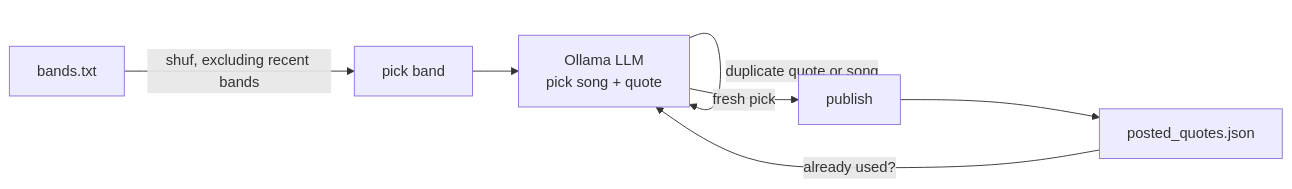
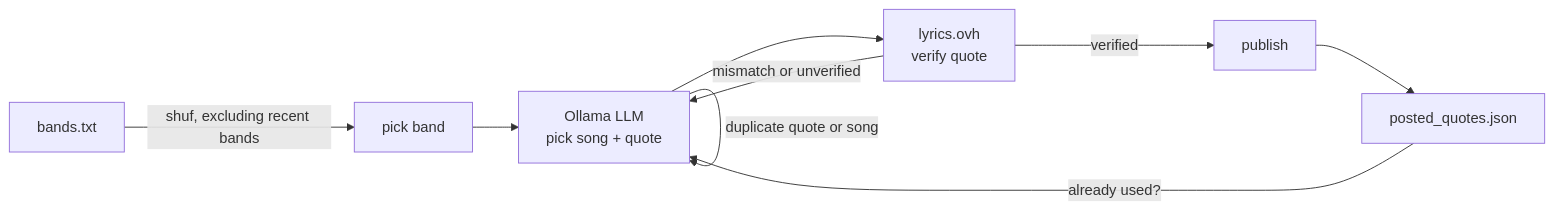
The diagram in README.md (schmidt-software/song-quote-bot), drawn with Mermaid before and after one commit. The commit also changed other lines of this file and 1 other file, not shown here.

````diff
--- a/README.md
+++ b/README.md
@@ -18,9 +18,11 @@
 ```mermaid
 flowchart LR
     A[bands.txt] -->|shuf, excluding recent bands| B[pick band]
     B --> C[Ollama LLM<br/>pick song + quote]
     D[posted_quotes.json] -->|already used?| C
     C -->|duplicate quote or song| C
-    C -->|fresh pick| E[publish]
+    C --> L[lyrics.ovh<br/>verify quote]
+    L -->|mismatch or unverified| C
+    L -->|verified| E[publish]
     E --> D
 ```
````
